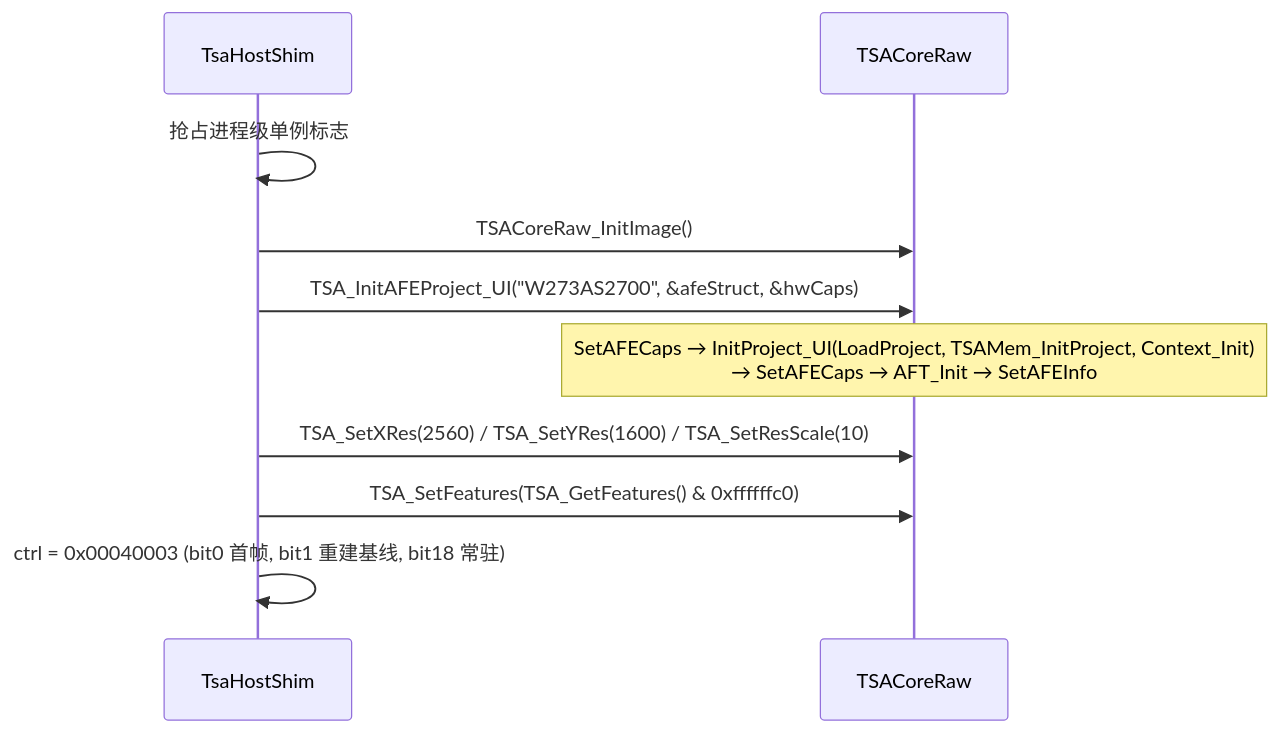
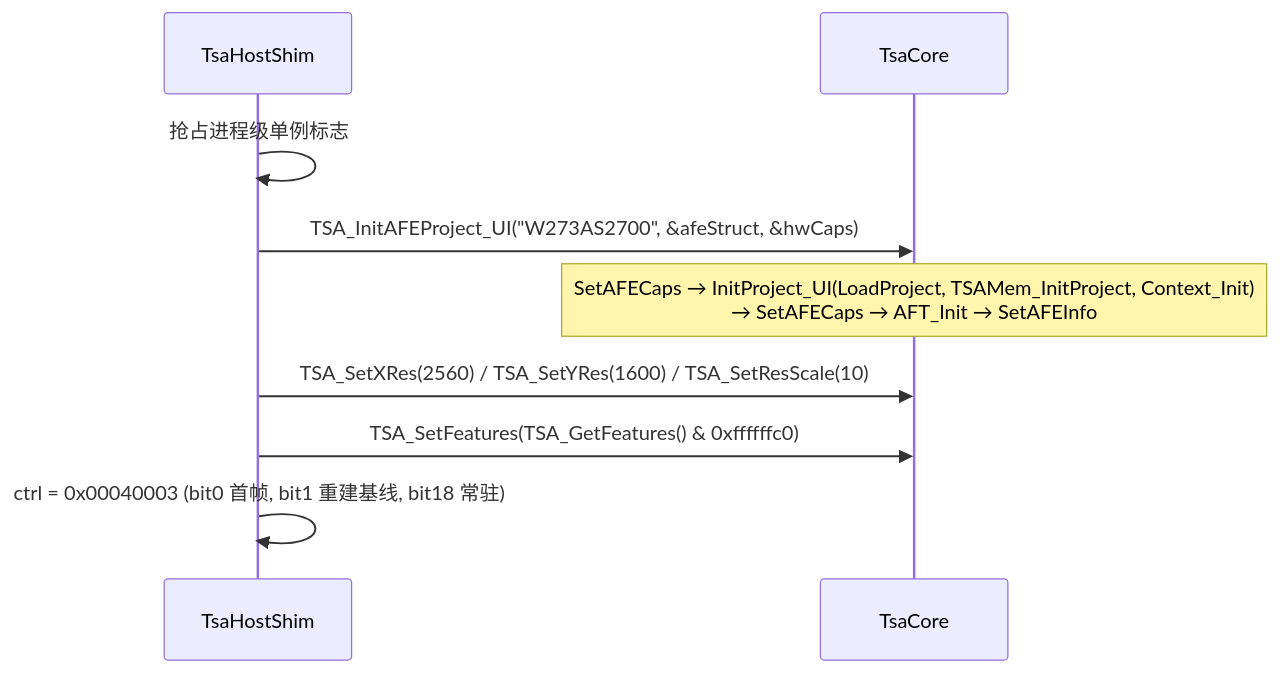
Before and after one commit to awarson2233/EGoTouchRev: the fourth of 9 diagrams in docs/finger_algorithms/tsacore-raw-integration.md, drawn with Mermaid. The commit also changed other lines of this file and 54 other files, not shown here.

First line of the commit message:
refactor(tsacore): replace the memory image with C++ state objects

````diff
--- a/docs/finger_algorithms/tsacore-raw-integration.md
+++ b/docs/finger_algorithms/tsacore-raw-integration.md
@@ -211,12 +155,11 @@
 ```mermaid
 sequenceDiagram
     participant H as TsaHostShim
-    participant T as TSACoreRaw
+    participant T as TsaCore
     H->>H: 抢占进程级单例标志
-    H->>T: TSACoreRaw_InitImage()
     H->>T: TSA_InitAFEProject_UI("W273AS2700", &afeStruct, &hwCaps)
     Note over T: SetAFECaps → InitProject_UI(LoadProject, TSAMem_InitProject, Context_Init)<br/>→ SetAFECaps → AFT_Init → SetAFEInfo
     H->>T: TSA_SetXRes(2560) / TSA_SetYRes(1600) / TSA_SetResScale(10)
     H->>T: TSA_SetFeatures(TSA_GetFeatures() & 0xffffffc0)
     H->>H: ctrl = 0x00040003 (bit0 首帧, bit1 重建基线, bit18 常驻)
 ```
````
